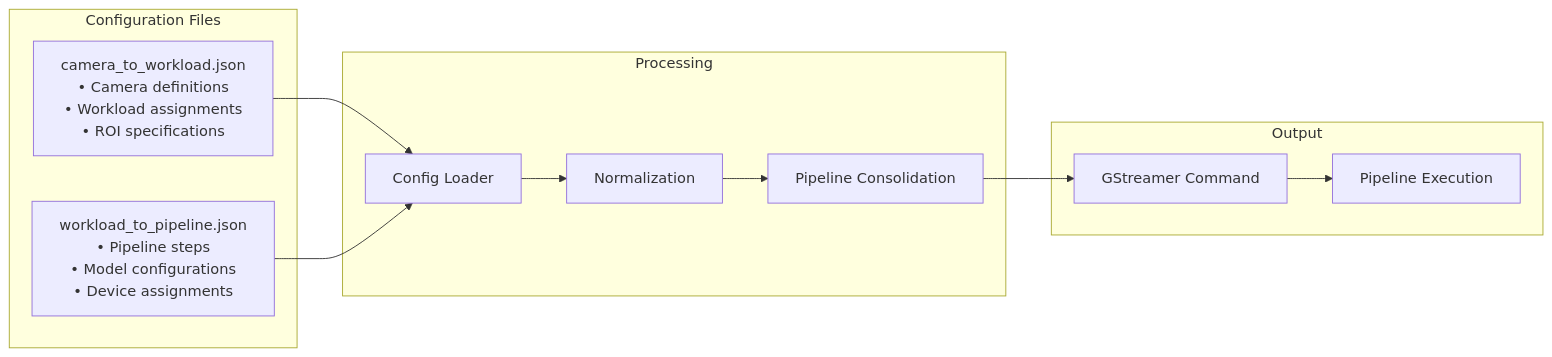
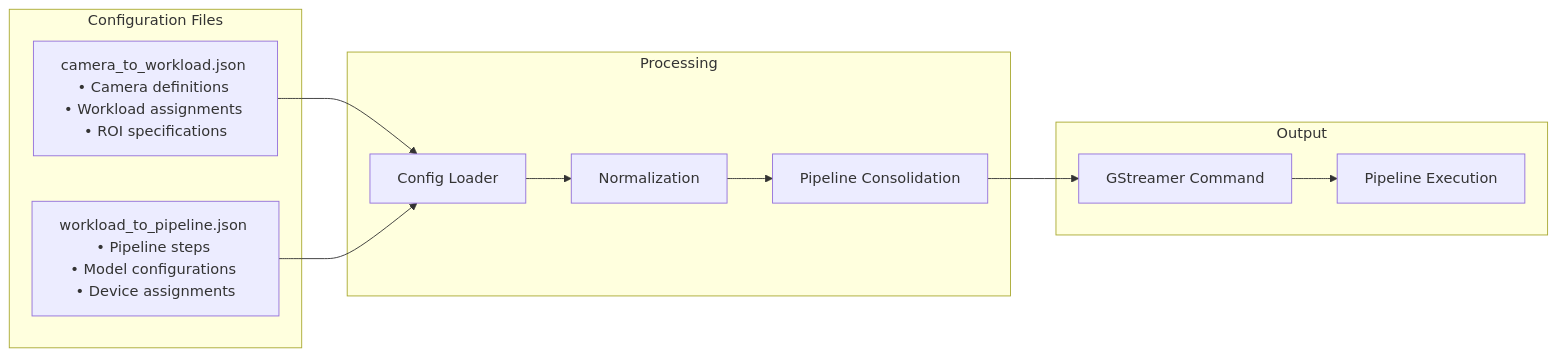
One commit to intel-retail/documentation changed the second of 2 diagrams in docs_src/use-cases/loss-prevention/architecture.md. Above: the diagram before and after it, drawn with Mermaid. The commit also changed 2 other files, not shown here.

Commit message:
Add mermaid dependency

````diff
--- a/docs_src/use-cases/loss-prevention/architecture.md
+++ b/docs_src/use-cases/loss-prevention/architecture.md
@@ -96,25 +96,25 @@
 ```mermaid
 flowchart LR
     subgraph "Configuration Files"
-        CAM[camera_to_workload.json<br/>• Camera definitions<br/>• Workload assignments<br/>• ROI specifications]
-        WORK[workload_to_pipeline.json<br/>• Pipeline steps<br/>• Model configurations<br/>• Device assignments]
+        CAM[camera_to_workload.json \n• Camera definitions \n• Workload assignments \n• ROI specifications]
+        WORK[workload_to_pipeline.json \n• Pipeline steps \n• Model configurations \n• Device assignments]
     end
     
     subgraph "Processing"
         LOAD[Config Loader]
         NORM[Normalization]
         MERGE[Pipeline Consolidation]
     end
     
     subgraph "Output"
         GST[GStreamer Command]
         EXEC[Pipeline Execution]
     end
     
     CAM --> LOAD
     WORK --> LOAD
     LOAD --> NORM
     NORM --> MERGE
     MERGE --> GST
     GST --> EXEC
 ```
````
